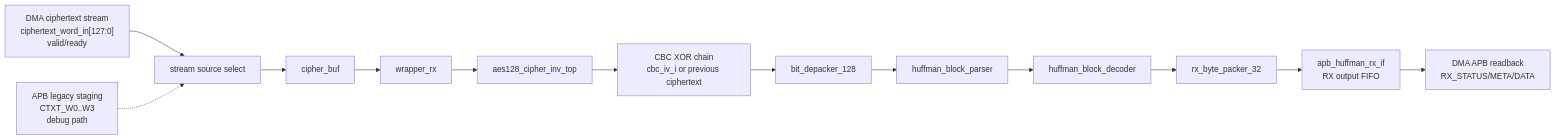
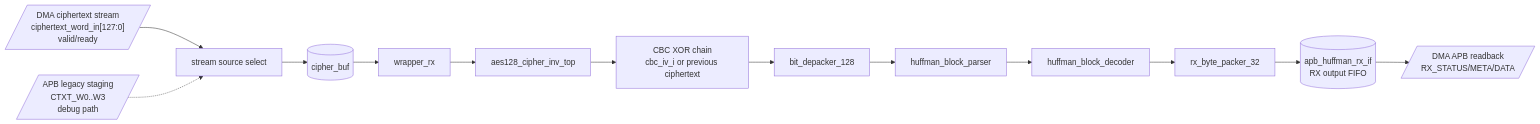
One commit to ngoquocan139/AES_huffman_all6 changed the diagram in docs/apb_huffman_aes_rx_top_spec.md. Above: the diagram before and after it, drawn with Mermaid. The commit also changed 28 other files, not shown here.

````diff
--- a/docs/apb_huffman_aes_rx_top_spec.md
+++ b/docs/apb_huffman_aes_rx_top_spec.md
@@ -35,15 +35,15 @@
 ```mermaid
 flowchart LR
-  DMAIN["DMA ciphertext stream<br/>ciphertext_word_in[127:0]<br/>valid/ready"] --> SEL["stream source select"]
-  APBIN["APB legacy staging<br/>CTXT_W0..W3<br/>debug path"] -.-> SEL
-  SEL --> CBUF["cipher_buf"]
+  DMAIN[/"DMA ciphertext stream<br/>ciphertext_word_in[127:0]<br/>valid/ready"/] --> SEL["stream source select"]
+  APBIN[/"APB legacy staging<br/>CTXT_W0..W3<br/>debug path"/] -.-> SEL
+  SEL --> CBUF[("cipher_buf")]
   CBUF --> WRAP["wrapper_rx"]
   WRAP --> AES["aes128_cipher_inv_top"]
   AES --> CBC["CBC XOR chain<br/>cbc_iv_i or previous ciphertext"]
   CBC --> DEP["bit_depacker_128"]
   DEP --> PAR["huffman_block_parser"]
   PAR --> DEC["huffman_block_decoder"]
   DEC --> PK["rx_byte_packer_32"]
-  PK --> APB["apb_huffman_rx_if<br/>RX output FIFO"]
-  APB --> DMAOUT["DMA APB readback<br/>RX_STATUS/META/DATA"]
+  PK --> APB[("apb_huffman_rx_if<br/>RX output FIFO")]
+  APB --> DMAOUT[/"DMA APB readback<br/>RX_STATUS/META/DATA"/]
 ```
````
